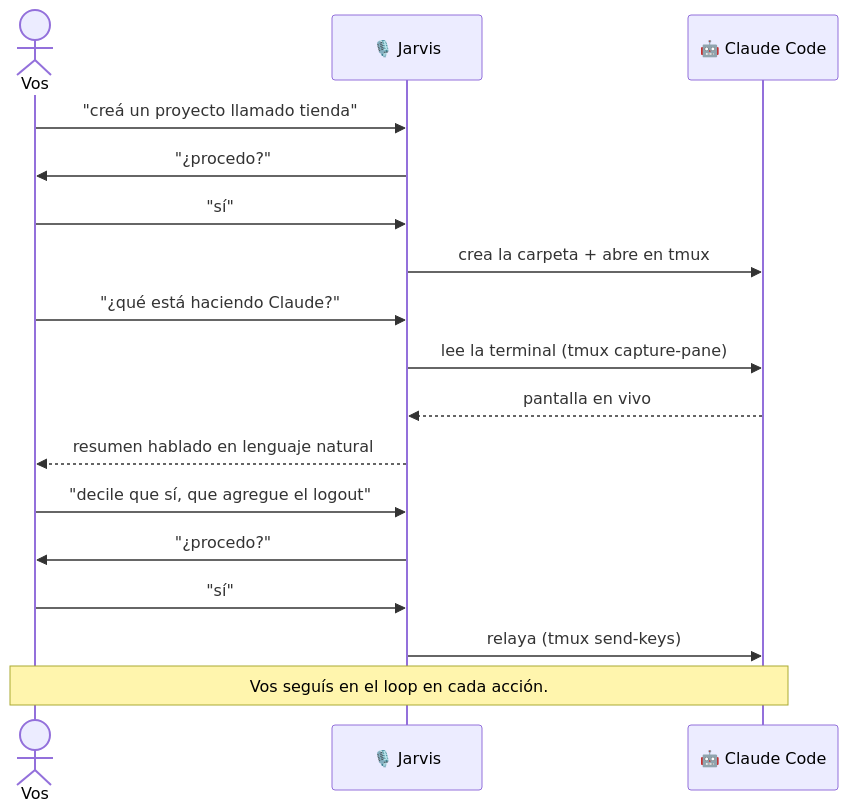
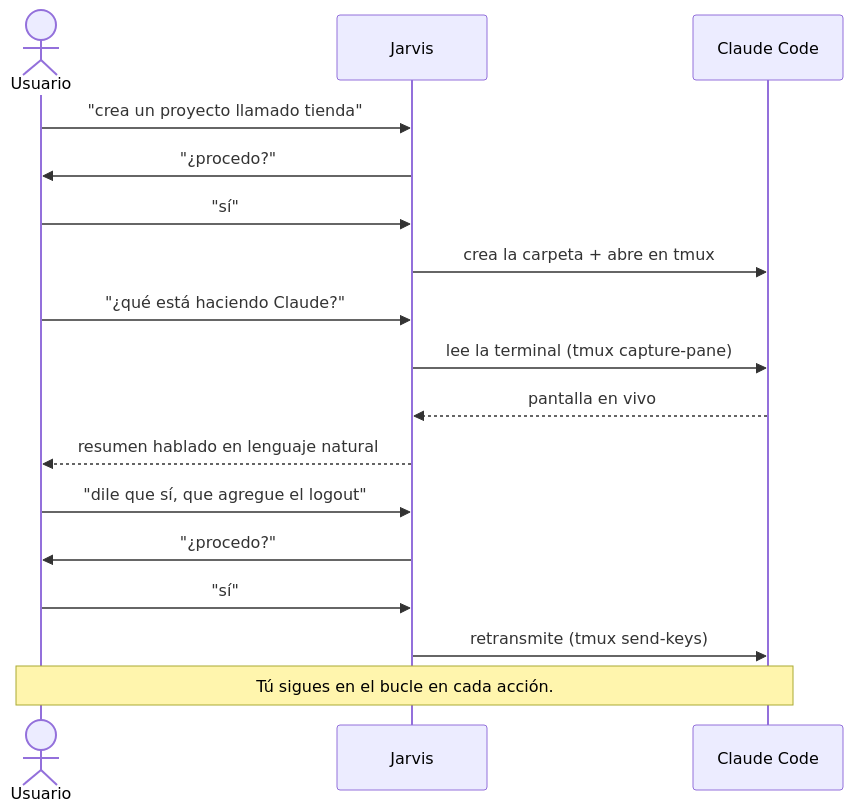
Before and after one commit to xebastian153/hyprvalet: the third of 3 diagrams in README.es.md, drawn with Mermaid. The commit also changed other lines of this file and 1 other file, not shown here.

First line of the commit message:
docs(readme): neutral Spanish, and drop emojis from the diagrams

````diff
--- a/README.es.md
+++ b/README.es.md
@@ -144,19 +144,19 @@
 ```mermaid
 sequenceDiagram
-    actor Vos
-    participant J as 🎙️ Jarvis
-    participant C as 🤖 Claude Code
-    Vos->>J: "creá un proyecto llamado tienda"
-    J->>Vos: "¿procedo?"
-    Vos->>J: "sí"
+    actor Usuario
+    participant J as Jarvis
+    participant C as Claude Code
+    Usuario->>J: "crea un proyecto llamado tienda"
+    J->>Usuario: "¿procedo?"
+    Usuario->>J: "sí"
     J->>C: crea la carpeta + abre en tmux
-    Vos->>J: "¿qué está haciendo Claude?"
+    Usuario->>J: "¿qué está haciendo Claude?"
     J->>C: lee la terminal (tmux capture-pane)
     C-->>J: pantalla en vivo
-    J-->>Vos: resumen hablado en lenguaje natural
-    Vos->>J: "decile que sí, que agregue el logout"
-    J->>Vos: "¿procedo?"
-    Vos->>J: "sí"
-    J->>C: relaya (tmux send-keys)
-    Note over Vos,C: Vos seguís en el loop en cada acción.
+    J-->>Usuario: resumen hablado en lenguaje natural
+    Usuario->>J: "dile que sí, que agregue el logout"
+    J->>Usuario: "¿procedo?"
+    Usuario->>J: "sí"
+    J->>C: retransmite (tmux send-keys)
+    Note over Usuario,C: Tú sigues en el bucle en cada acción.
 ```
````
